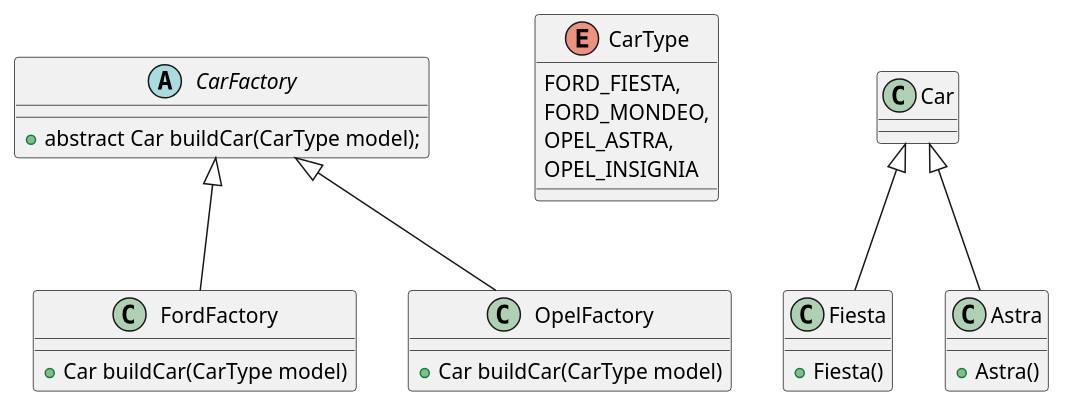
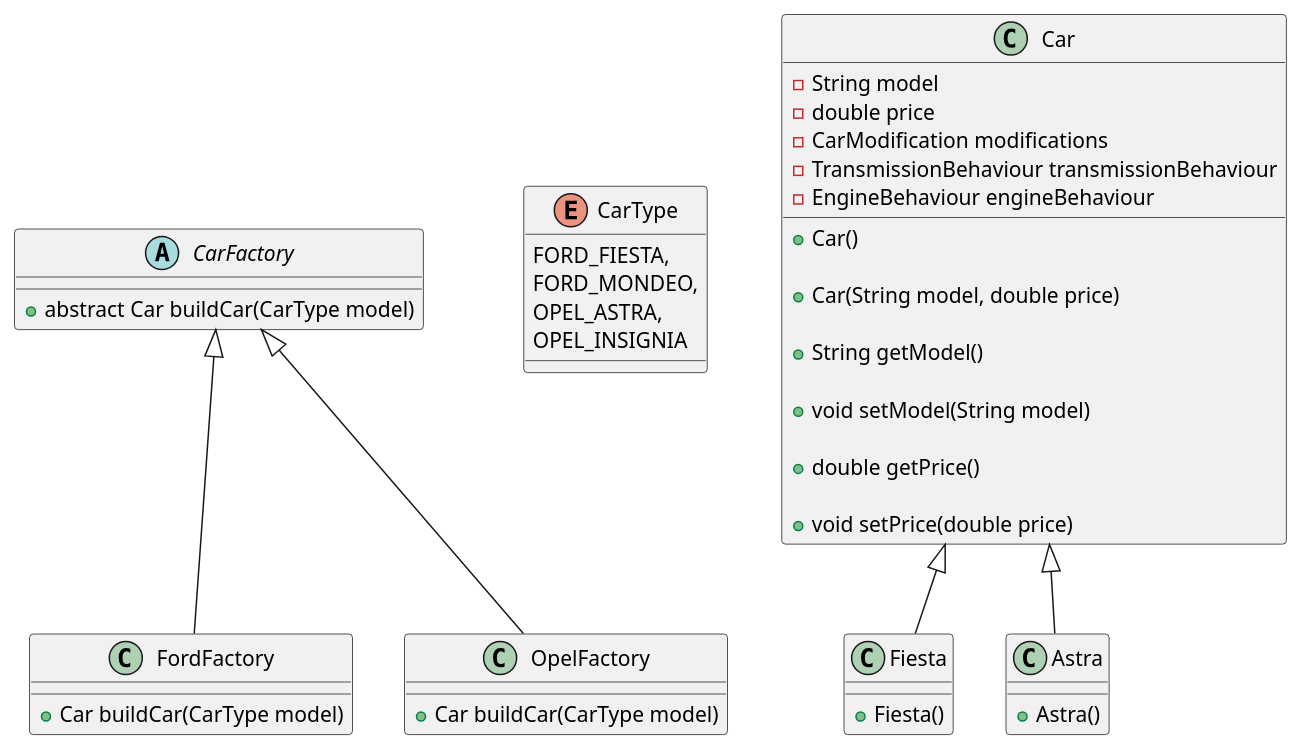
The diagram in plantUML/factory.puml (43Carrig/Design_Patterns_Car), drawn with PlantUML before and after one commit. The commit also changed 3 other files, not shown here.

Commit message:
Further edits to the plantUML's where necessary.

```diff
--- a/plantUML/factory.puml
+++ b/plantUML/factory.puml
@@ -1,35 +1,55 @@
 @startuml
 
 abstract class CarFactory {
 
-+ abstract Car buildCar(CarType model);
++ abstract Car buildCar(CarType model)
 }
 
 enum CarType {
     FORD_FIESTA,
     FORD_MONDEO,
     OPEL_ASTRA,
     OPEL_INSIGNIA
 }
 
 class FordFactory extends CarFactory {
 
     + Car buildCar(CarType model)
 }
 
 class OpelFactory extends CarFactory {
 
     + Car buildCar(CarType model)
 }
 
 class Fiesta extends Car {
 
     + Fiesta()
 }
 
 class Astra extends Car {
 
     + Astra()
 }
 
+class Car {
+
+    - String model
+    - double price
+    - CarModification modifications
+    - TransmissionBehaviour transmissionBehaviour
+    - EngineBehaviour engineBehaviour
+
+    + Car()
+
+    + Car(String model, double price)
+
+    + String getModel()
+
+    + void setModel(String model)
+
+    + double getPrice()
+
+    + void setPrice(double price)
+}
 @enduml
```
